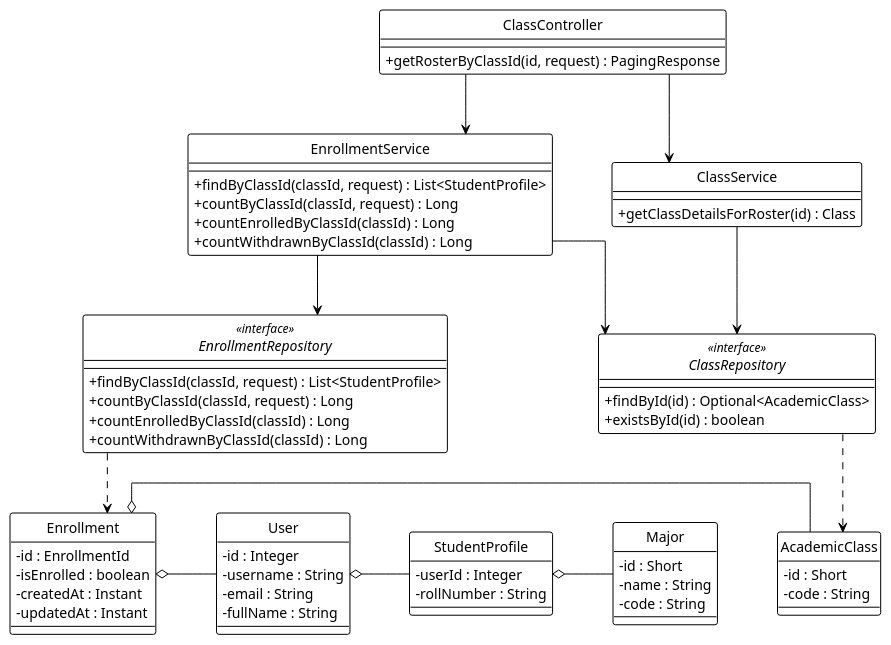
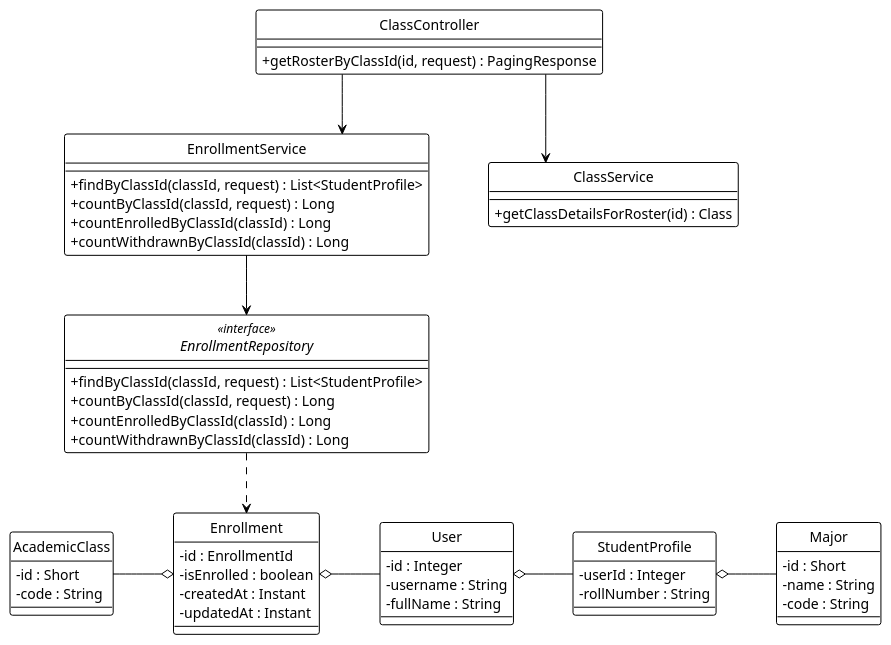
The diagram in system_detailed_design/29_view_class_students/class_diagram_view_class_students.puml (Ndh474/context), drawn with PlantUML before and after one commit. The commit also changed 17 other files, not shown here.

```diff
--- a/system_detailed_design/29_view_class_students/class_diagram_view_class_students.puml
+++ b/system_detailed_design/29_view_class_students/class_diagram_view_class_students.puml
@@ -1,89 +1,80 @@
 @startuml view_class_students
 !theme plain
 hide circle
 skinparam classAttributeIconSize 0
 
 ' --- CẤU HÌNH "ORTHO" (BẮT BUỘC) ---
 skinparam linetype ortho
 skinparam nodesep 60
 skinparam ranksep 60
 
 ' --- CONTROLLER ---
 class ClassController {
   + getRosterByClassId(id, request) : PagingResponse
 }
 
 ' --- SERVICE ---
 class EnrollmentService {
   + findByClassId(classId, request) : List<StudentProfile>
   + countByClassId(classId, request) : Long
   + countEnrolledByClassId(classId) : Long
   + countWithdrawnByClassId(classId) : Long
 }
 
 class ClassService {
   + getClassDetailsForRoster(id) : Class
 }
 
 ' --- REPOSITORY ---
 interface EnrollmentRepository <<interface>> {
   + findByClassId(classId, request) : List<StudentProfile>
   + countByClassId(classId, request) : Long
   + countEnrolledByClassId(classId) : Long
   + countWithdrawnByClassId(classId) : Long
 }
 
-interface ClassRepository <<interface>> {
-  + findById(id) : Optional<AcademicClass>
-  + existsById(id) : boolean
-}
-
 ' --- ENTITIES ---
 class Enrollment {
   - id : EnrollmentId
   - isEnrolled : boolean
   - createdAt : Instant
   - updatedAt : Instant
 }
 
 class AcademicClass {
   - id : Short
   - code : String
 }
 
 class User {
   - id : Integer
   - username : String
-  - email : String
   - fullName : String
 }
 
 class StudentProfile {
   - userId : Integer
   - rollNumber : String
 }
 
 class Major {
   - id : Short
   - name : String
   - code : String
 }
 
 ' --- DEPENDENCY INJECTION (Association) ---
 ClassController -down-> EnrollmentService
 ClassController -down-> ClassService
 EnrollmentService -down-> EnrollmentRepository
-EnrollmentService -down-> ClassRepository
-ClassService -down-> ClassRepository
 
 ' --- REPOSITORY USAGE (Dependency) ---
 EnrollmentRepository .down.> Enrollment
-ClassRepository .down.> AcademicClass
 
 ' --- ENTITY RELATIONSHIPS (Aggregation) ---
-Enrollment o-right- AcademicClass
+Enrollment o-left- AcademicClass
 Enrollment o-right- User
 User o-right- StudentProfile
 StudentProfile o-right- Major
 
 @enduml
```
